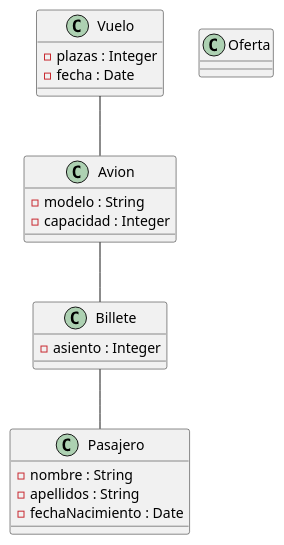
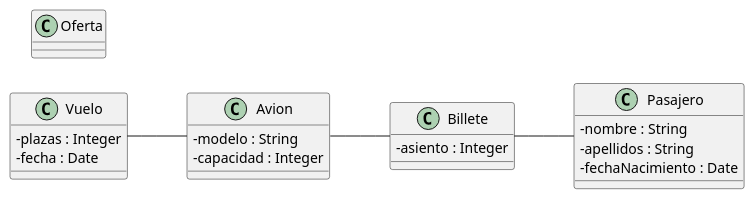
The diagram in homeworkOne/puml/viajes.puml (SandraLucioni/EntornosDeDesarrollo), drawn with PlantUML before and after one commit. The commit also changed 11 other files, not shown here.

```diff
--- a/homeworkOne/puml/viajes.puml
+++ b/homeworkOne/puml/viajes.puml
@@ -1,37 +1,31 @@
-@startuml
+@startuml viajes
+'https://plantuml.com/class-diagram
 
-'Especificar un diagrama de clases que describa los vuelos que oferta una compañía de viajes según
- 'la siguiente especificación:
- '• La compañía oferta una serie de vuelos para unas fechas concretas y con un número de
- 'plazas.
- '• La compañía dispone de una flota de aviones con una capacidad que da soporte a los vuelos
- 'ofertados.
- '• Las personas compran billetes para los vuelos que le interesan. Para emitir el billete es
- 'necesario conocer el nombre, apellidos y edad del pasajero.
- '• Los billetes identifican el número de asiento que ocupan
+left to right direction
+skinparam classAttributeIconSize 0
 
 class Vuelo {
 -plazas : Integer
 -fecha : Date
 }
 class Avion {
 -modelo : String
 -capacidad : Integer
 }
 class Pasajero {
 -nombre : String
 -apellidos : String
 -fechaNacimiento : Date
 }
 class Billete {
 -asiento : Integer
 }
 class Oferta {
 }
 
 Vuelo -- Avion
 Avion -- Billete
 Billete -- Pasajero
 
 
 @enduml
```
